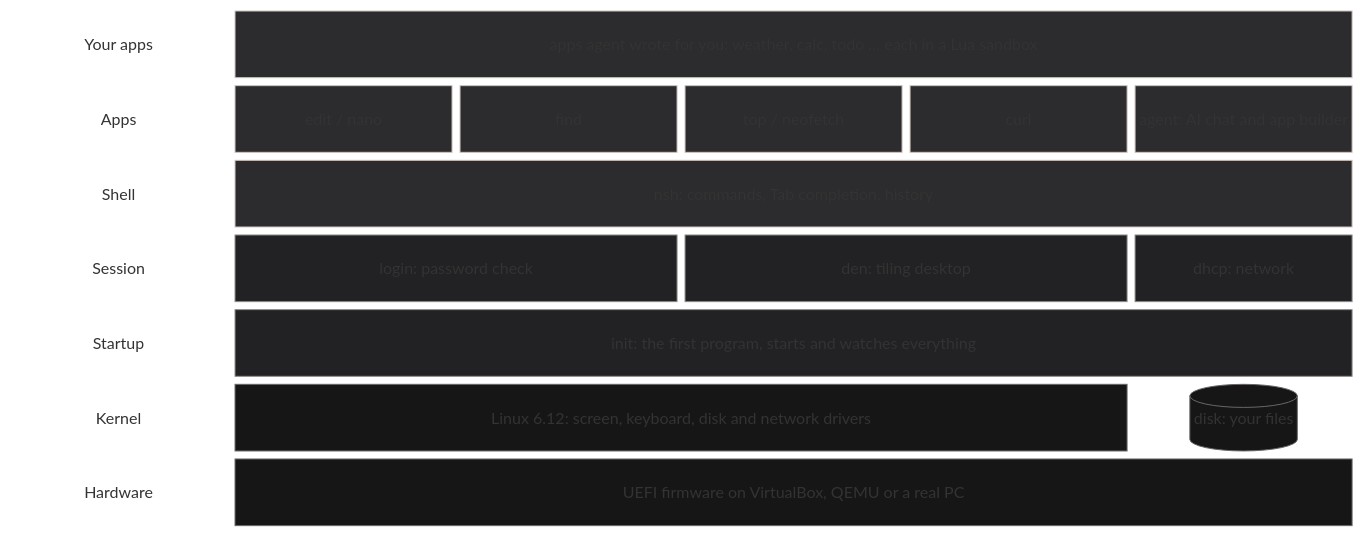
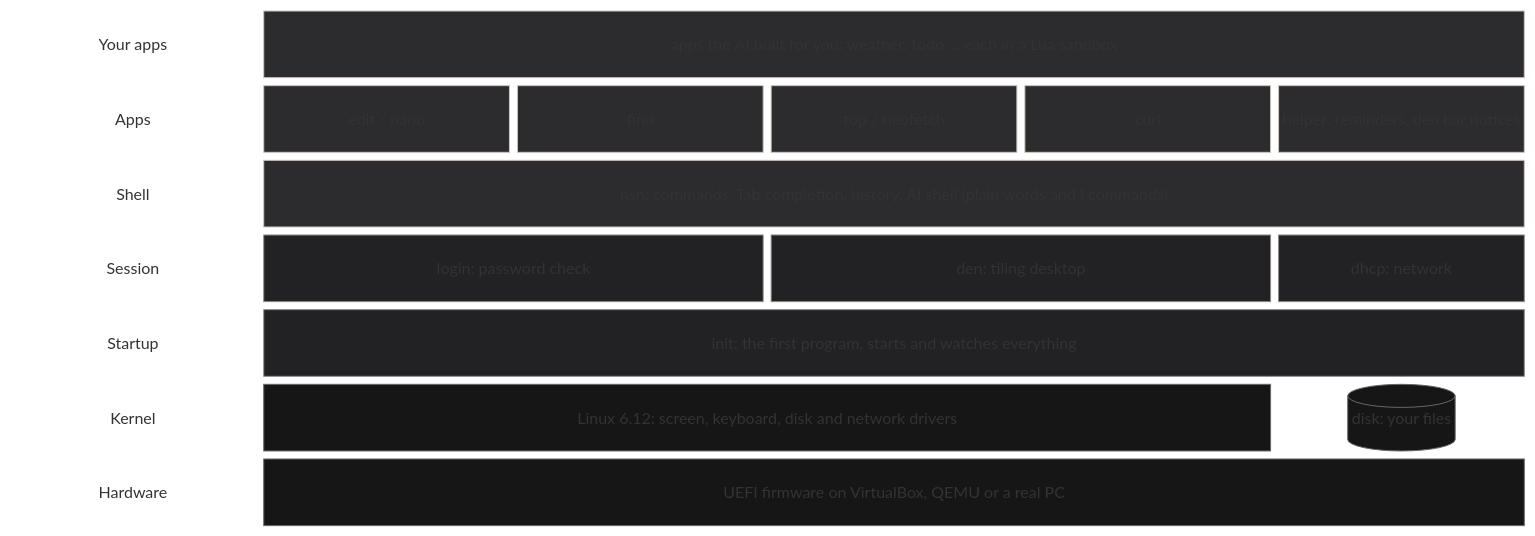
The second of 2 diagrams in README.md (Adhishtanaka/thir), drawn with Mermaid before and after one commit. The commit also changed other lines of this file and 37 other files, not shown here.

Commit message:
simple version: remove the AI parts (agent, apps, Lua), keep curl, version 0.3.0

````diff
--- a/README.md
+++ b/README.md
@@ -27,20 +65,20 @@
 ```mermaid
 block-beta
   columns 6
-  l0["Your apps"] built["apps agent wrote for you: weather, calc, todo … each in a Lua sandbox"]:5
-  l1["Apps"] edit["edit / nano"] find["find"] top["top / neofetch"] net["curl"] agent["agent: AI chat and app builder"]
-  l2["Shell"] shell["nsh: commands, Tab completion, history"]:5
+  l0["Your apps"] built["apps the AI built for you: weather, todo … each in a Lua sandbox"]:5
+  l1["Apps"] edit["edit / nano"] find["find"] top["top / neofetch"] net["curl"] helper["helper: reminders, den bar notices"]
+  l2["Shell"] shell["nsh: commands, Tab completion, history, AI shell (plain words and ! commands)"]:5
   l3["Session"] login["login: password check"]:2 den["den: tiling desktop"]:2 dhcp["dhcp: network"]
   l4["Startup"] init["init: the first program, starts and watches everything"]:5
   l5["Kernel"] kernel["Linux 6.12: screen, keyboard, disk and network drivers"]:4 disk[("disk: your files")]
   l6["Hardware"] hw["UEFI firmware on VirtualBox, QEMU or a real PC"]:5
 
   classDef label fill:transparent,stroke:transparent,color:#8f8b89
   classDef user fill:#2c2b2d,stroke:#cfc4be,color:#e3dfdc
   classDef sys fill:#222123,stroke:#8f8b89,color:#e3dfdc
   classDef core fill:#161617,stroke:#6a6668,color:#e3dfdc
   class l0,l1,l2,l3,l4,l5,l6 label
-  class edit,find,top,net,agent,shell,built user
+  class edit,find,top,net,shell,helper,built user
   class login,den,dhcp,init sys
   class kernel,hw,disk core
 ```
````
